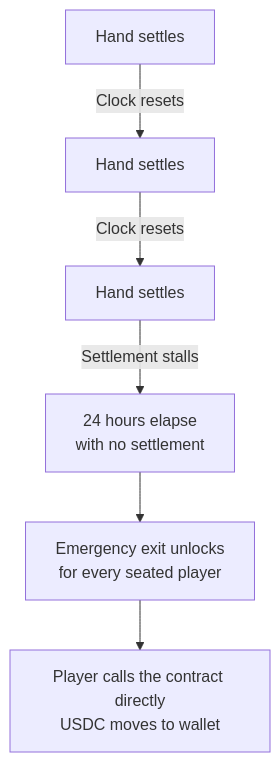
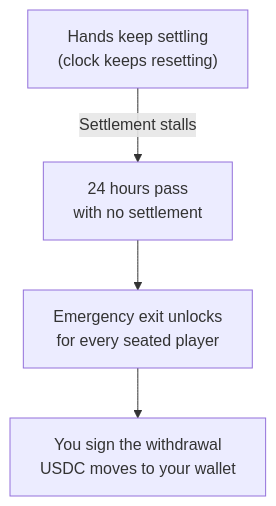
The diagram in docs/your-money/emergency-exit.md (Stacked-Labs/poker-docs), drawn with Mermaid before and after one commit. The commit also changed other lines of this file and 29 other files, not shown here.

````diff
--- a/docs/your-money/emergency-exit.md
+++ b/docs/your-money/emergency-exit.md
@@ -15,8 +15,6 @@
 ```mermaid
 flowchart TB
-    H1["Hand settles"] -- "Clock resets" --> H2["Hand settles"]
-    H2 -- "Clock resets" --> H3["Hand settles"]
-    H3 -- "Settlement stalls" --> W["24 hours elapse<br/>with no settlement"]
+    H["Hands keep settling<br/>(clock keeps resetting)"] -- "Settlement stalls" --> W["24 hours pass<br/>with no settlement"]
     W --> E["Emergency exit unlocks<br/>for every seated player"]
-    E --> X["Player calls the contract directly<br/>USDC moves to wallet"]
+    E --> X["You sign the withdrawal<br/>USDC moves to your wallet"]
 ```
````
